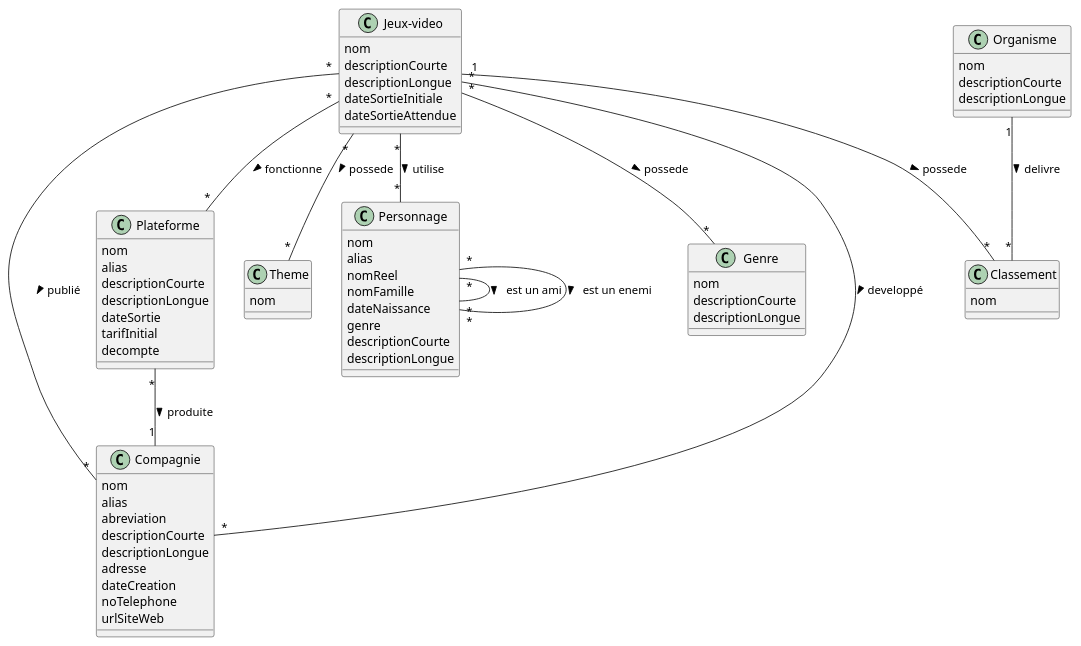
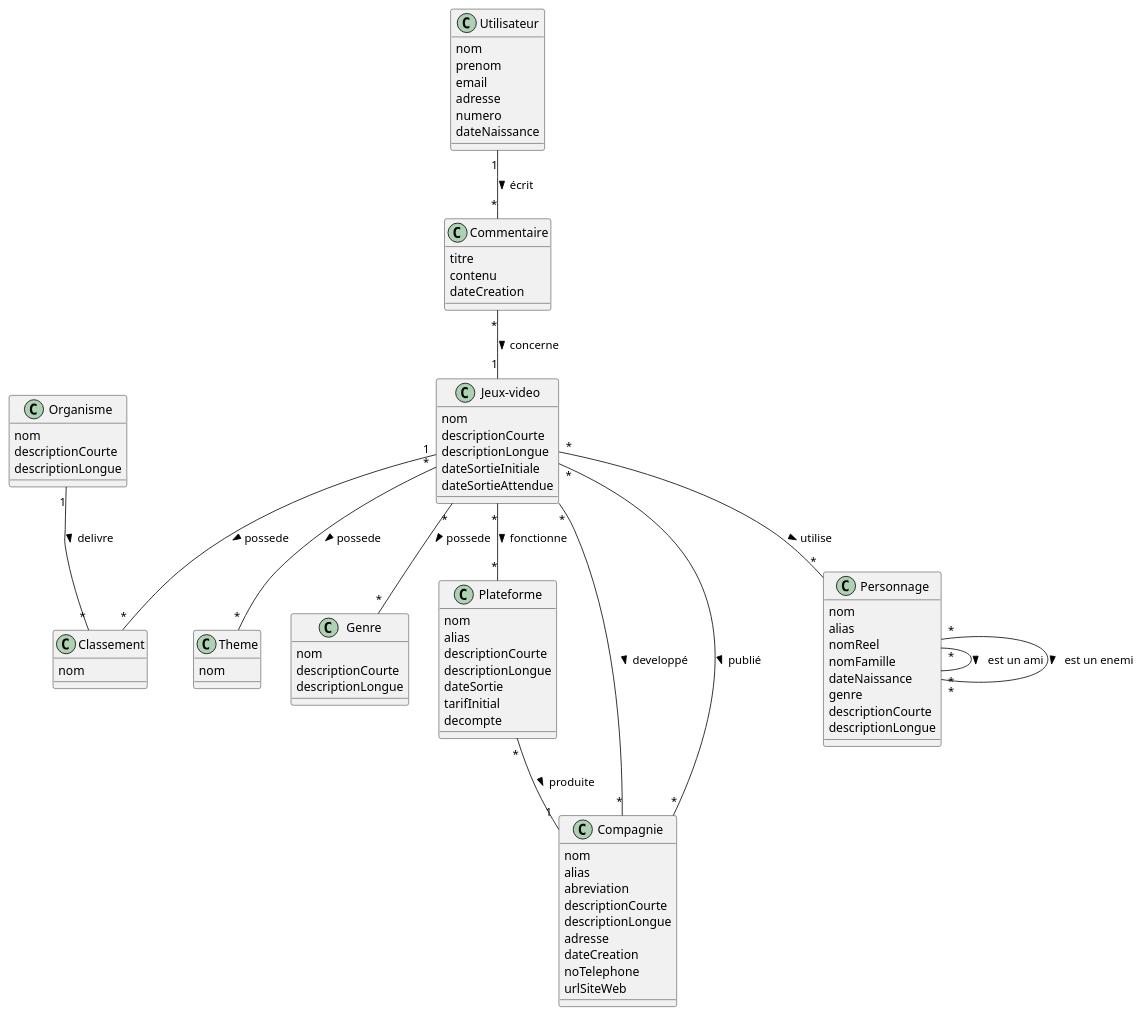
One commit to toxicbloud/BDD-Application changed the diagram in ressources/diagramme.puml. Above: the diagram before and after it, drawn with PlantUML. The commit also changed 4 other files, not shown here.

```diff
--- a/ressources/diagramme.puml
+++ b/ressources/diagramme.puml
@@ -1,69 +1,83 @@
 @startuml Gamepedia
 class "Jeux-video" as Jeu {
     nom
     descriptionCourte
     descriptionLongue
     dateSortieInitiale
     dateSortieAttendue
 }
 
 class Theme{
     nom
 }
 class Genre{
     nom
     descriptionCourte
     descriptionLongue
 }
 class Plateforme{
     nom
     alias
     descriptionCourte
     descriptionLongue
     dateSortie
     tarifInitial
     decompte
 }
 class Compagnie{
     nom
     alias
     abreviation
     descriptionCourte
     descriptionLongue
     adresse
     dateCreation
     noTelephone
     urlSiteWeb
 }
 class Classement{
     nom
 }
 class Organisme{
     nom
     descriptionCourte
     descriptionLongue
 }
 class Personnage{
     nom
     alias
     nomReel
     nomFamille
     dateNaissance
     genre
     descriptionCourte
     descriptionLongue
 }
-
+class Utilisateur{
+    nom
+    prenom
+    email
+    adresse
+    numero
+    dateNaissance
+}
+class Commentaire{
+    titre
+    contenu
+    dateCreation
+}
+Commentaire "*"--  "1" Jeu : concerne >
+Utilisateur "1" -- "*" Commentaire : écrit >
 Jeu "*" -- "*" Theme : possede >
 Jeu "*" -- "*" Genre : possede >
 Jeu "*" -- "*" Plateforme : fonctionne >
 Plateforme "*" -- "1" Compagnie : produite >
 Jeu "*" -- "*" Compagnie : developpé >
 Jeu "*" -- "*" Compagnie : publié >
 Jeu " 1" -- "*" Classement : possede >
 Organisme "1" -- "*" Classement :  delivre >
 Jeu "*" -- "*" Personnage : utilise >
 Personnage "*" -- "*" Personnage : est un ami >
 Personnage "*" -- "*" Personnage : est un enemi >
 
 @enduml
```
